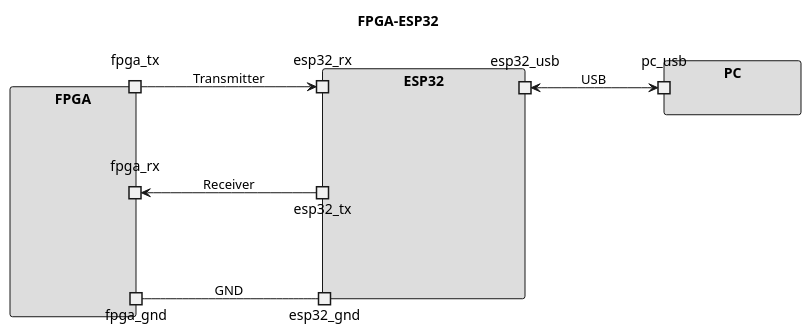
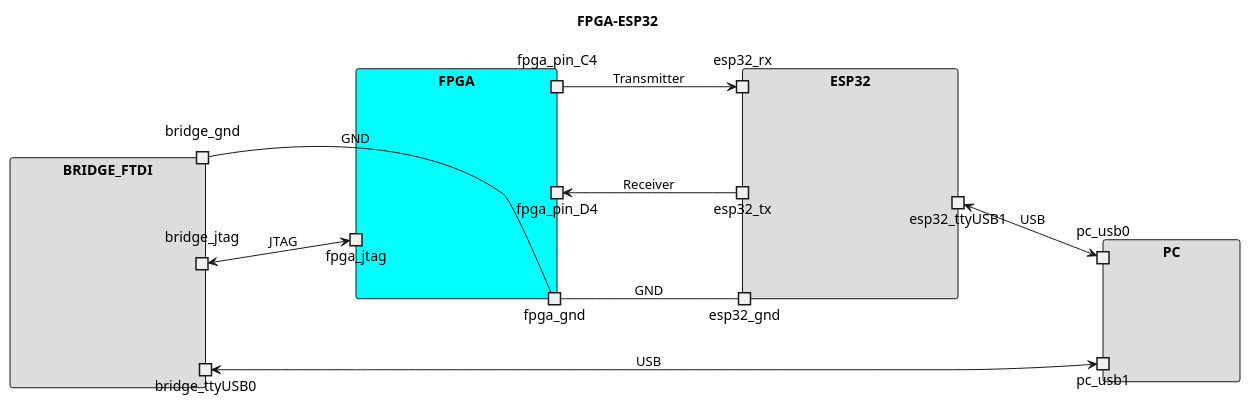
The diagram in fpga-example/colorlight-5a-75e/femtoriscv/docs/soc-esp32.pu (johnnycubides/digital-electronic-1-101), drawn with PlantUML before and after one commit. The commit also changed 3 other files, not shown here.

```diff
--- a/fpga-example/colorlight-5a-75e/femtoriscv/docs/soc-esp32.pu
+++ b/fpga-example/colorlight-5a-75e/femtoriscv/docs/soc-esp32.pu
@@ -1,27 +1,38 @@
 @startuml
 title FPGA-ESP32
 left to right direction
 skinparam componentStyle rectangle
-component FPGA #ddd {
+component FPGA #cyan {
   portout fpga_gnd
-  portout fpga_rx
-  portout fpga_tx
+  portout fpga_pin_D4
+  portout fpga_pin_C4
+  portin fpga_jtag
 }
 
 component ESP32 #ddd{
   portin esp32_gnd
   portin esp32_tx
   portin esp32_rx
-  portout esp32_usb
+  portout esp32_ttyUSB1
 }
 
 component PC #ddd {
-portin pc_usb
+  portin pc_usb0
+  portin pc_usb1
+}
+
+component BRIDGE_FTDI #ddd {
+  portout bridge_ttyUSB0
+  portout bridge_jtag
+  portout bridge_gnd
 }
 
 fpga_gnd -- esp32_gnd: GND
-fpga_tx --> esp32_rx: Transmitter
-fpga_rx <-- esp32_tx: Receiver
-esp32_usb <--> pc_usb: USB
+fpga_pin_C4 --> esp32_rx: Transmitter
+fpga_pin_D4 <-- esp32_tx: Receiver
+esp32_ttyUSB1 <--> pc_usb0: USB
+bridge_ttyUSB0 <--> pc_usb1: USB
+bridge_jtag <--> fpga_jtag: JTAG
+bridge_gnd -- fpga_gnd: GND
 
 @enduml
```
